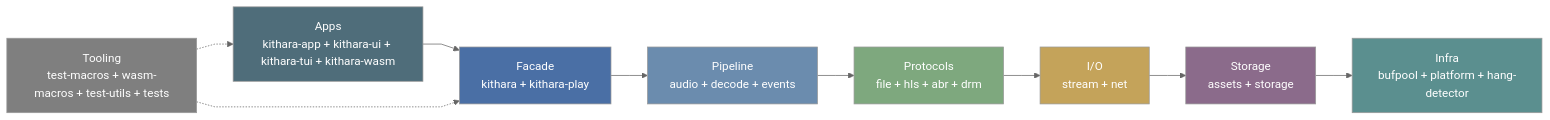
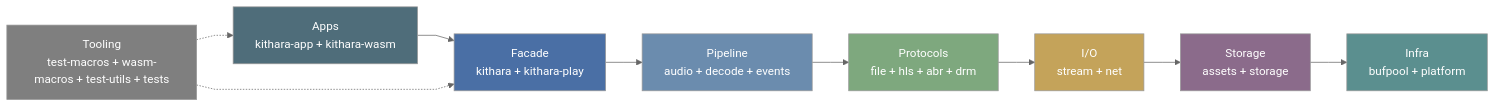
The diagram in README.md (zvuk/kithara), drawn with Mermaid (neutral theme) before and after one commit. The commit also changed other lines of this file and 27 other files, not shown here.

First line of the commit message:
docs(release): align tracked docs with current architecture

````diff
--- a/README.md
+++ b/README.md
@@ -39,26 +35,26 @@
 ```mermaid
 %%{init: {"flowchart": {"curve": "linear"}} }%%
 flowchart LR
-    apps["Apps<br/>kithara-app + kithara-ui + kithara-tui + kithara-wasm"]
+    apps["Apps<br/>kithara-app + kithara-wasm"]
     facade["Facade<br/>kithara + kithara-play"]
     pipeline["Pipeline<br/>audio + decode + events"]
     protocols["Protocols<br/>file + hls + abr + drm"]
     io["I/O<br/>stream + net"]
     storage["Storage<br/>assets + storage"]
-    infra["Infra<br/>bufpool + platform + hang-detector"]
+    infra["Infra<br/>bufpool + platform"]
     tooling["Tooling<br/>test-macros + wasm-macros + test-utils + tests"]
 
     apps --> facade
     facade --> pipeline --> protocols --> io --> storage --> infra
     tooling -.-> facade
     tooling -.-> apps
 
     style apps fill:#4f6d7a,color:#fff
     style facade fill:#4a6fa5,color:#fff
     style pipeline fill:#6b8cae,color:#fff
     style protocols fill:#7ea87e,color:#fff
     style io fill:#c4a35a,color:#fff
     style storage fill:#8b6b8b,color:#fff
     style infra fill:#5b8f8f,color:#fff
     style tooling fill:#7f7f7f,color:#fff
 ```
````
